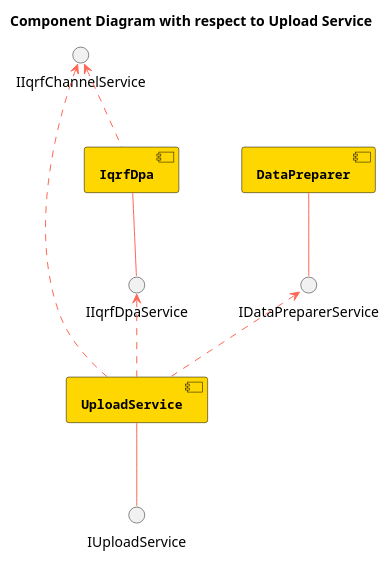
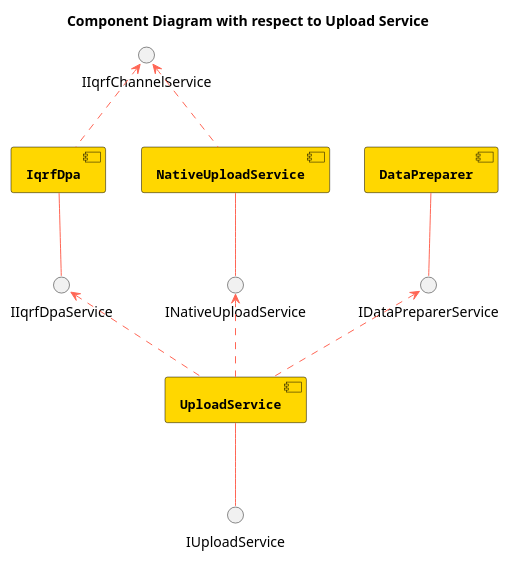
Before and after one commit to iqrf/iqrf-gateway-daemon: the diagram in Documents/02-Design/sw-design-resources/ComponentDiagramWrtUploadService.puml, drawn with PlantUML.

Commit message:
Incorporation of Native Upload Service.

```diff
--- a/Documents/02-Design/sw-design-resources/ComponentDiagramWrtUploadService.puml
+++ b/Documents/02-Design/sw-design-resources/ComponentDiagramWrtUploadService.puml
@@ -1,45 +1,49 @@
 @startuml
 title Component Diagram with respect to Upload Service
 
 skinparam component {
   FontSize 13
   BackgroundColor<<Apache>> Red
   BorderColor<<Apache>> #FF6655
   FontName Courier
   FontStyle bold
   BorderColor black
   BackgroundColor gold
   ArrowFontStyle italic
   ArrowFontName Arial
   ArrowColor #FF6655
   ArrowFontColor #777777
 }
 
 skinparam note {
   FontSize 9
   FontName Arial
   BorderColor Gray
   BackgroundColor white
   FontStyle italic
   ArrowFontName Arial
 }
 
 
 interface "IUploadService" as I1
 interface "IIqrfDpaService" as I2
-interface "IIqrfChannelService" as I3
+interface "INativeUploadService" as I3
 interface "IDataPreparerService" as I4
+interface "IIqrfChannelService" as I5
 
 component [UploadService] as C1
 component [IqrfDpa] as C2
+component [NativeUploadService] as C3
 component [DataPreparer] as C4
 
 C1 -- I1
 C2 -- I2
+C3 -- I3
 C4 -- I4
 C1 .u.> I2
 C1 .u.> I3
 C1 .u.> I4
-C2 .u.> I3
+C2 .u.> I5
+C3 .u.> I5
 
 @enduml
```
